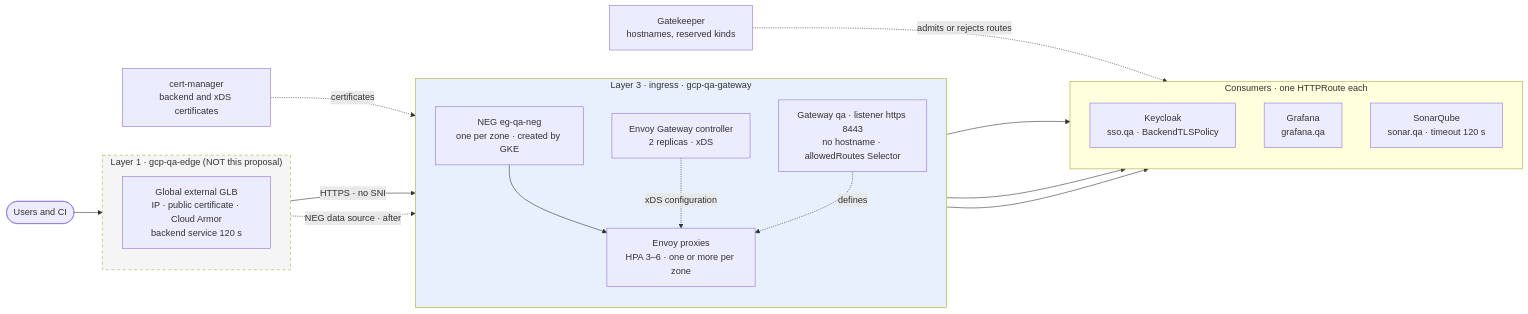
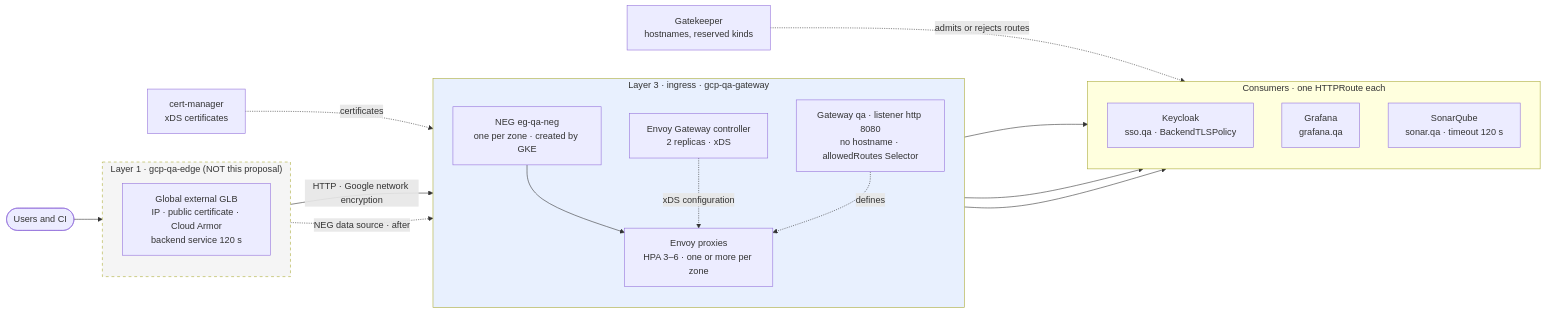
The diagram in docs/en/proposals/envoy-gateway-qa/diagrams/01-contexto.mmd (aescanero/proposal_documents), drawn with Mermaid before and after one commit. The commit also changed 53 other files, not shown here.

First line of the commit message:
Edge depends only downward: GLB to Envoy over HTTP (en and es)

```diff
--- a/docs/en/proposals/envoy-gateway-qa/diagrams/01-contexto.mmd
+++ b/docs/en/proposals/envoy-gateway-qa/diagrams/01-contexto.mmd
@@ -1,39 +1,39 @@
 flowchart LR
     U(["Users and CI"])
     subgraph L1["Layer 1 · gcp-qa-edge (NOT this proposal)"]
         direction TB
         GLB["Global external GLB<br/>IP · public certificate · Cloud Armor<br/>backend service 120 s"]
     end
 
     subgraph L3["Layer 3 · ingress · gcp-qa-gateway"]
         direction TB
         CTRL["Envoy Gateway controller<br/>2 replicas · xDS"]
         NEG["NEG eg-qa-neg<br/>one per zone · created by GKE"]
         PX["Envoy proxies<br/>HPA 3–6 · one or more per zone"]
-        GW["Gateway qa · listener https 8443<br/>no hostname · allowedRoutes Selector"]
+        GW["Gateway qa · listener http 8080<br/>no hostname · allowedRoutes Selector"]
     end
 
     subgraph CONS["Consumers · one HTTPRoute each"]
         direction TB
         KC["Keycloak<br/>sso.qa · BackendTLSPolicy"]
         GF["Grafana<br/>grafana.qa"]
         SQ["SonarQube<br/>sonar.qa · timeout 120 s"]
     end
 
-    CM["cert-manager<br/>backend and xDS certificates"]
+    CM["cert-manager<br/>xDS certificates"]
     GK["Gatekeeper<br/>hostnames, reserved kinds"]
 
     U --> GLB
-    GLB -->|"HTTPS · no SNI"| NEG
+    GLB -->|"HTTP · Google network encryption"| NEG
     NEG --> PX
     CTRL -. "xDS configuration" .-> PX
     GW -. "defines" .-> PX
     PX --> KC
     PX --> GF
     PX --> SQ
     CM -. "certificates" .-> PX
     GK -. "admits or rejects routes" .-> CONS
     GLB -. "NEG data source · after" .-> NEG
 
     style L1 fill:#f5f5f5,stroke-dasharray: 5 5
     style L3 fill:#e8f0fe
```
